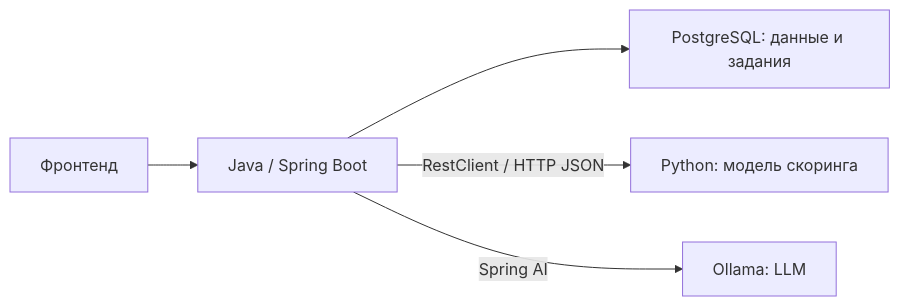
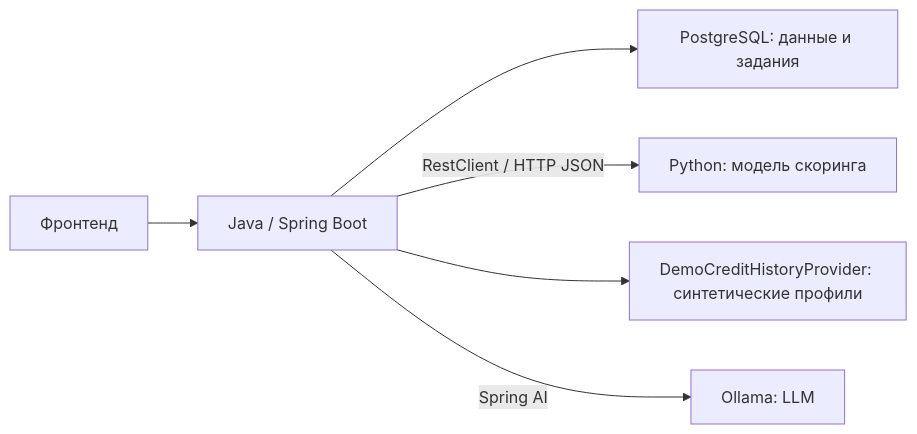
The diagram in docs/BACKEND_ARCHITECTURE.md (mkuzhvv/credit-cabinet), drawn with Mermaid before and after one commit. The commit also changed other lines of this file and 8 other files, not shown here.

Commit message:
add credit history

````diff
--- a/docs/BACKEND_ARCHITECTURE.md
+++ b/docs/BACKEND_ARCHITECTURE.md
@@ -17,7 +18,8 @@
 ```mermaid
 flowchart LR
     Front["Фронтенд"] --> Backend["Java / Spring Boot"]
     Backend --> DB["PostgreSQL: данные и задания"]
     Backend -->|"RestClient / HTTP JSON"| Scoring["Python: модель скоринга"]
+    Backend --> History["DemoCreditHistoryProvider: синтетические профили"]
     Backend -->|"Spring AI"| Ollama["Ollama: LLM"]
 ```
````
